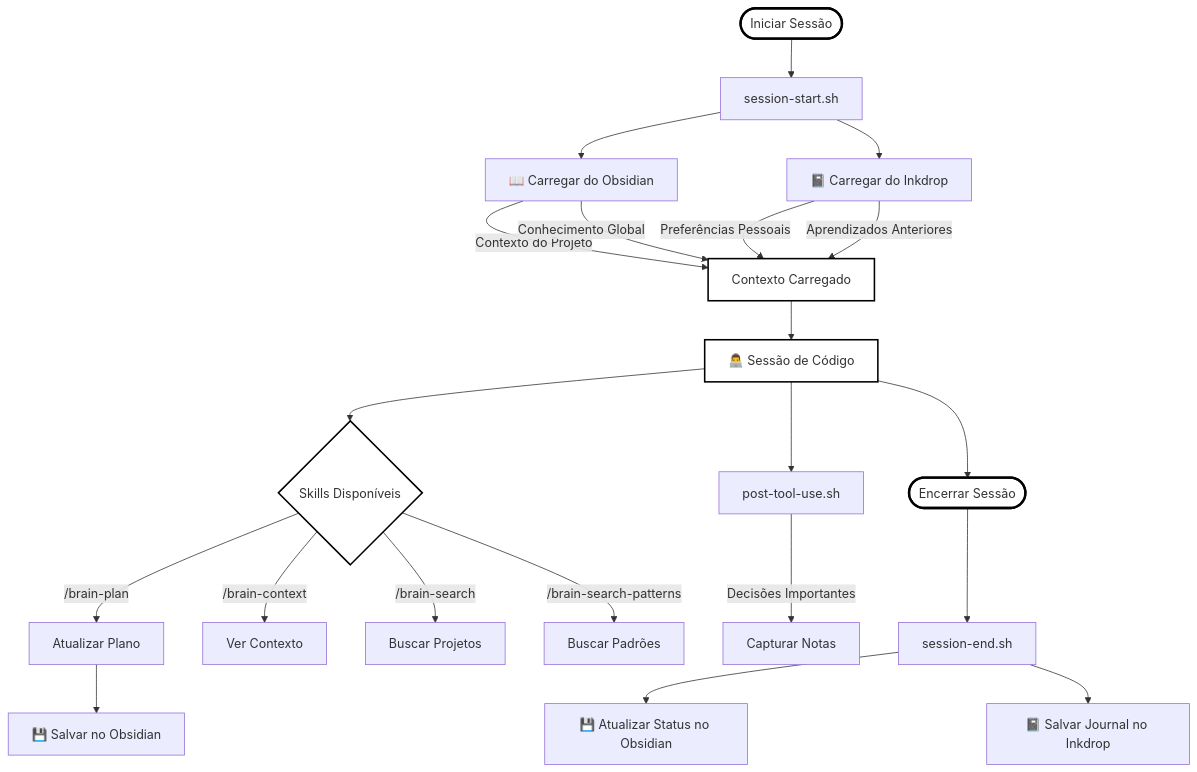
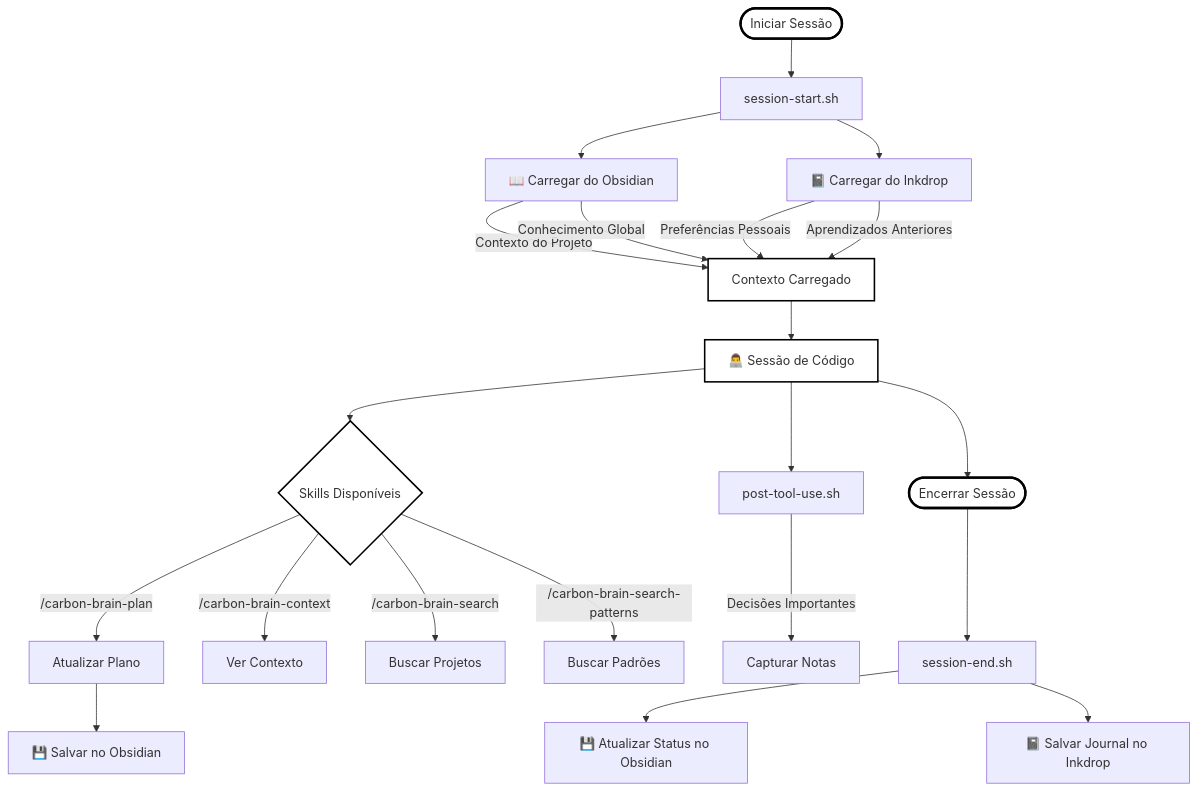
Before and after one commit to marcoscarbonera/carbon-claude-brain: the first of 2 diagrams in README_pt-BR.md, drawn with Mermaid. The commit also changed other lines of this file and 34 other files, not shown here.

````diff
--- a/README_pt-BR.md
+++ b/README_pt-BR.md
@@ -11,35 +11,35 @@
 ```mermaid
 flowchart TB
     Start([Iniciar Sessão]) --> Hook1[session-start.sh]
     Hook1 --> Obs1[📖 Carregar do Obsidian]
     Hook1 --> Ink1[📓 Carregar do Inkdrop]
 
     Obs1 --> |Contexto do Projeto|Load[Contexto Carregado]
     Obs1 --> |Conhecimento Global|Load
     Ink1 --> |Preferências Pessoais|Load
     Ink1 --> |Aprendizados Anteriores|Load
 
     Load --> Work[👨‍💻 Sessão de Código]
 
     Work --> Skills{Skills Disponíveis}
-    Skills --> |/brain-plan|PlanSkill[Atualizar Plano]
-    Skills --> |/brain-context|CtxSkill[Ver Contexto]
-    Skills --> |/brain-search|SearchSkill[Buscar Projetos]
-    Skills --> |/brain-search-patterns|PatternSkill[Buscar Padrões]
+    Skills --> |/carbon-brain-plan|PlanSkill[Atualizar Plano]
+    Skills --> |/carbon-brain-context|CtxSkill[Ver Contexto]
+    Skills --> |/carbon-brain-search|SearchSkill[Buscar Projetos]
+    Skills --> |/carbon-brain-search-patterns|PatternSkill[Buscar Padrões]
 
     PlanSkill --> SaveObs[💾 Salvar no Obsidian]
 
     Work --> Hook2[post-tool-use.sh]
     Hook2 --> |Decisões Importantes|Capture[Capturar Notas]
 
     Work --> End([Encerrar Sessão])
     End --> Hook3[session-end.sh]
     Hook3 --> SaveObs2[💾 Atualizar Status no Obsidian]
     Hook3 --> SaveInk[📓 Salvar Journal no Inkdrop]
 
     style Start fill:#fff,stroke:#000,stroke-width:3px
     style End fill:#fff,stroke:#000,stroke-width:3px
     style Work fill:#fff,stroke:#000,stroke-width:2px
     style Load fill:#fff,stroke:#000,stroke-width:2px
     style Skills fill:#fff,stroke:#000,stroke-width:2px
 ```
````
